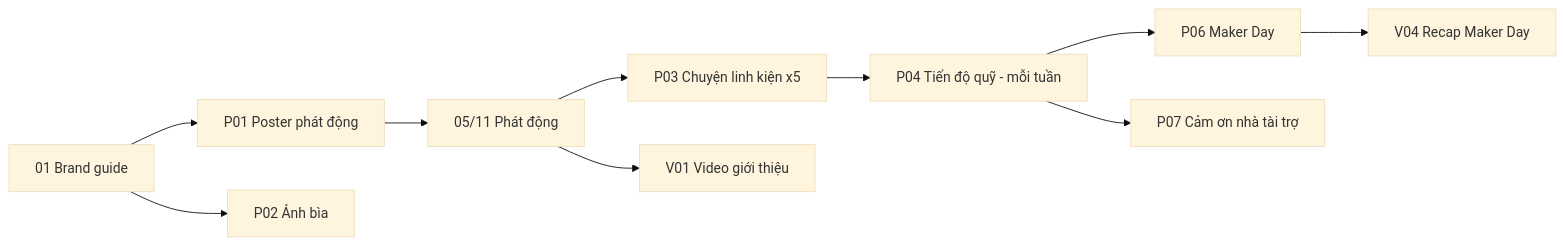
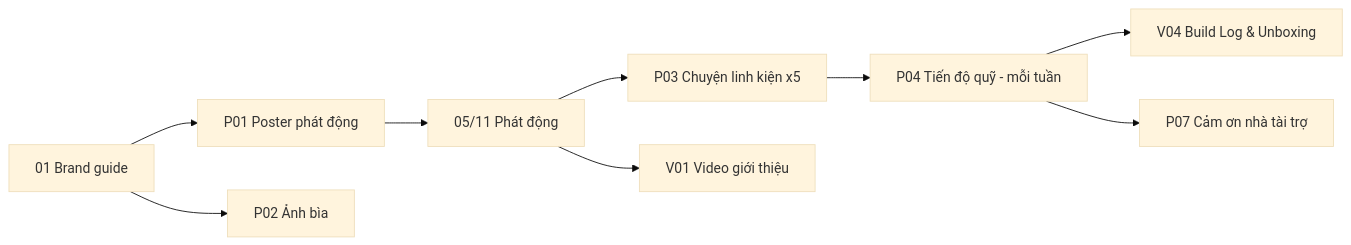
One commit to Minhmice/roboticssocson changed the diagram in docs/campaign-2026-2027/social/00-README.md. Above: the diagram before and after it, drawn with Mermaid (base theme). The commit also changed other lines of this file and 367 other files, not shown here.

````diff
--- a/docs/campaign-2026-2027/social/00-README.md
+++ b/docs/campaign-2026-2027/social/00-README.md
@@ -21,12 +21,11 @@
 ```mermaid
 flowchart LR
   A[01 Brand guide] --> B[P01 Poster phát động]
   A --> C[P02 Ảnh bìa]
   B --> D[05/11 Phát động]
   D --> E[P03 Chuyện linh kiện x5]
   D --> F[V01 Video giới thiệu]
   E --> G[P04 Tiến độ quỹ - mỗi tuần]
-  G --> H[P06 Maker Day]
-  H --> I[V04 Recap Maker Day]
+  G --> I[V04 Build Log & Unboxing]
   G --> J[P07 Cảm ơn nhà tài trợ]
 ```
````
